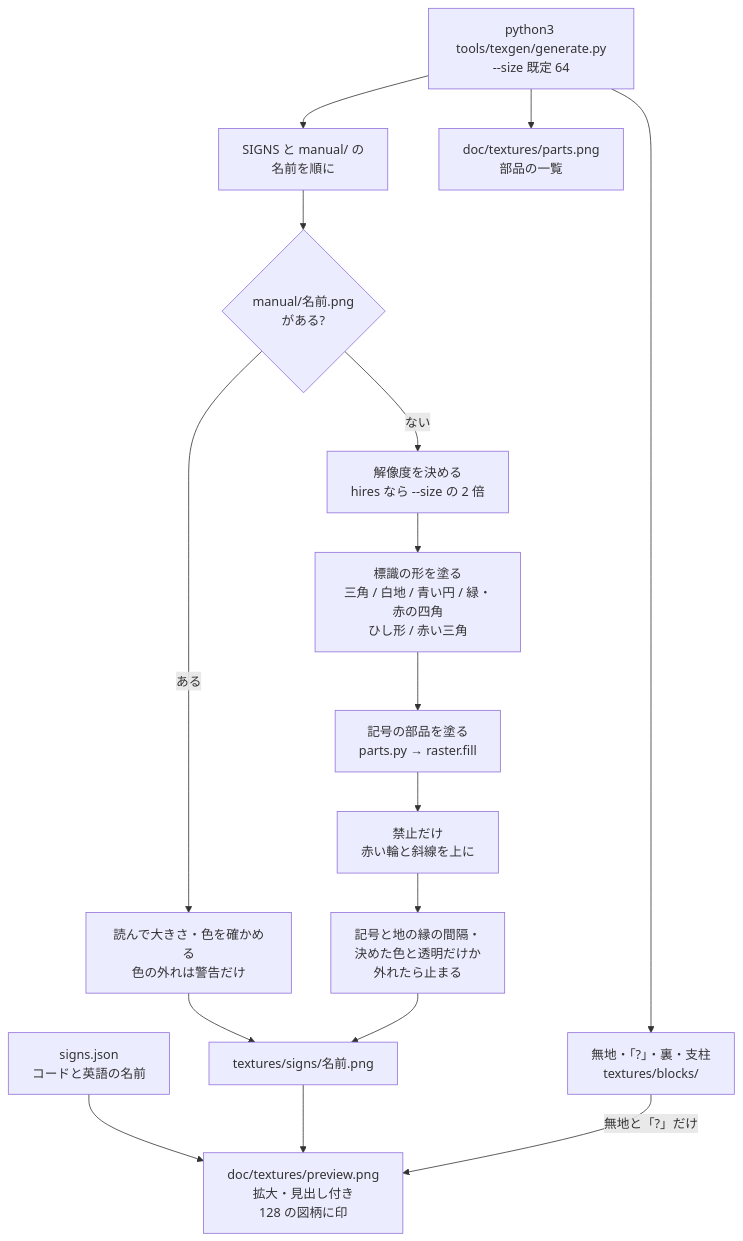
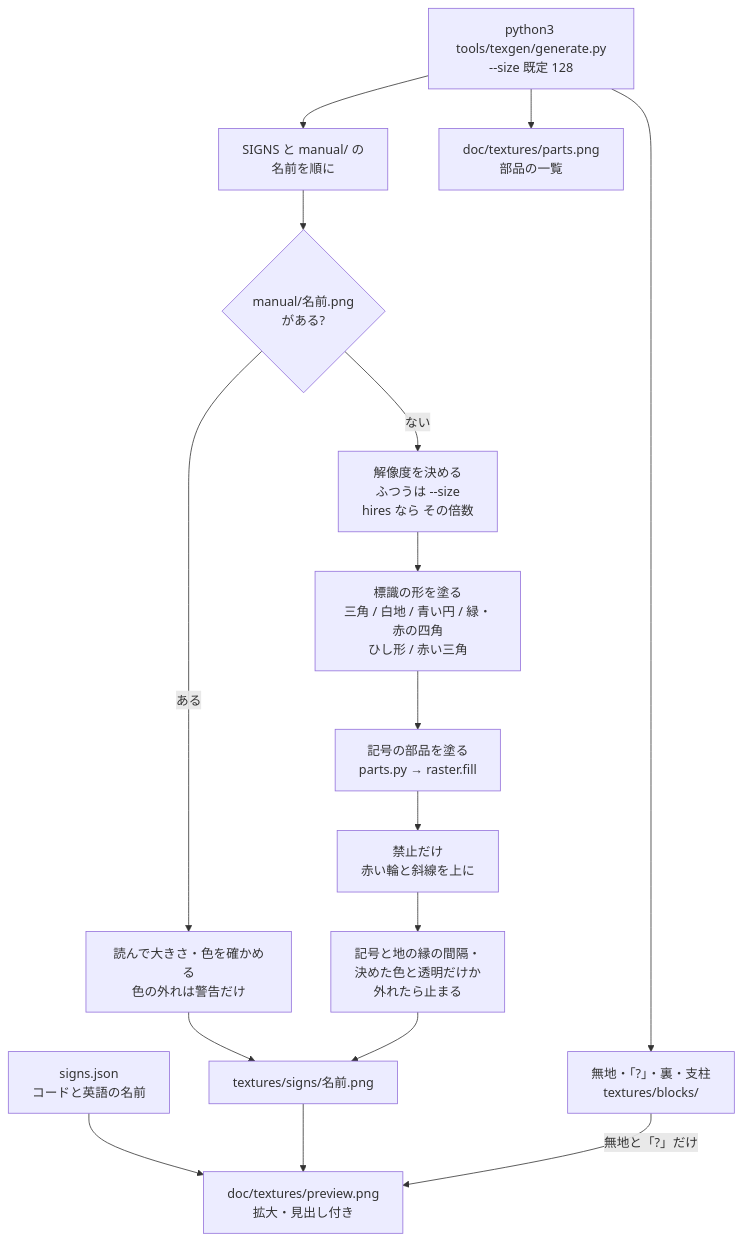
Before and after one commit to zeusisgood/safetysigns: the diagram in doc/diagrams/texture-generation.md, drawn with Mermaid. The commit also changed other lines of this file and 61 other files, not shown here.

````diff
--- a/doc/diagrams/texture-generation.md
+++ b/doc/diagrams/texture-generation.md
@@ -11,18 +11,18 @@
 ```mermaid
 flowchart TD
-    Run["python3 tools/texgen/generate.py<br/>--size 既定 64"] --> Each["SIGNS と manual/ の<br/>名前を順に"]
+    Run["python3 tools/texgen/generate.py<br/>--size 既定 128"] --> Each["SIGNS と manual/ の<br/>名前を順に"]
     Each --> Manual{"manual/名前.png<br/>がある?"}
     Manual -- ある --> Load["読んで大きさ・色を確かめる<br/>色の外れは警告だけ"]
-    Manual -- ない --> Size["解像度を決める<br/>hires なら --size の 2 倍"]
+    Manual -- ない --> Size["解像度を決める<br/>ふつうは --size<br/>hires なら その倍数"]
     Size --> Frame["標識の形を塗る<br/>三角 / 白地 / 青い円 / 緑・赤の四角<br/>ひし形 / 赤い三角"]
     Frame --> Symbol["記号の部品を塗る<br/>parts.py → raster.fill"]
     Symbol --> Slash["禁止だけ<br/>赤い輪と斜線を上に"]
     Slash --> Check["記号と地の縁の間隔・<br/>決めた色と透明だけか<br/>外れたら止まる"]
     Load --> Save["textures/signs/名前.png"]
     Check --> Save
     Run --> Blocks["無地・「?」・裏・支柱<br/>textures/blocks/"]
     Defs["signs.json<br/>コードと英語の名前"] --> Preview
-    Save --> Preview["doc/textures/preview.png<br/>拡大・見出し付き<br/>128 の図柄に印"]
+    Save --> Preview["doc/textures/preview.png<br/>拡大・見出し付き"]
     Blocks -- 無地と「?」だけ --> Preview
     Run --> Parts["doc/textures/parts.png<br/>部品の一覧"]
 ```
````
